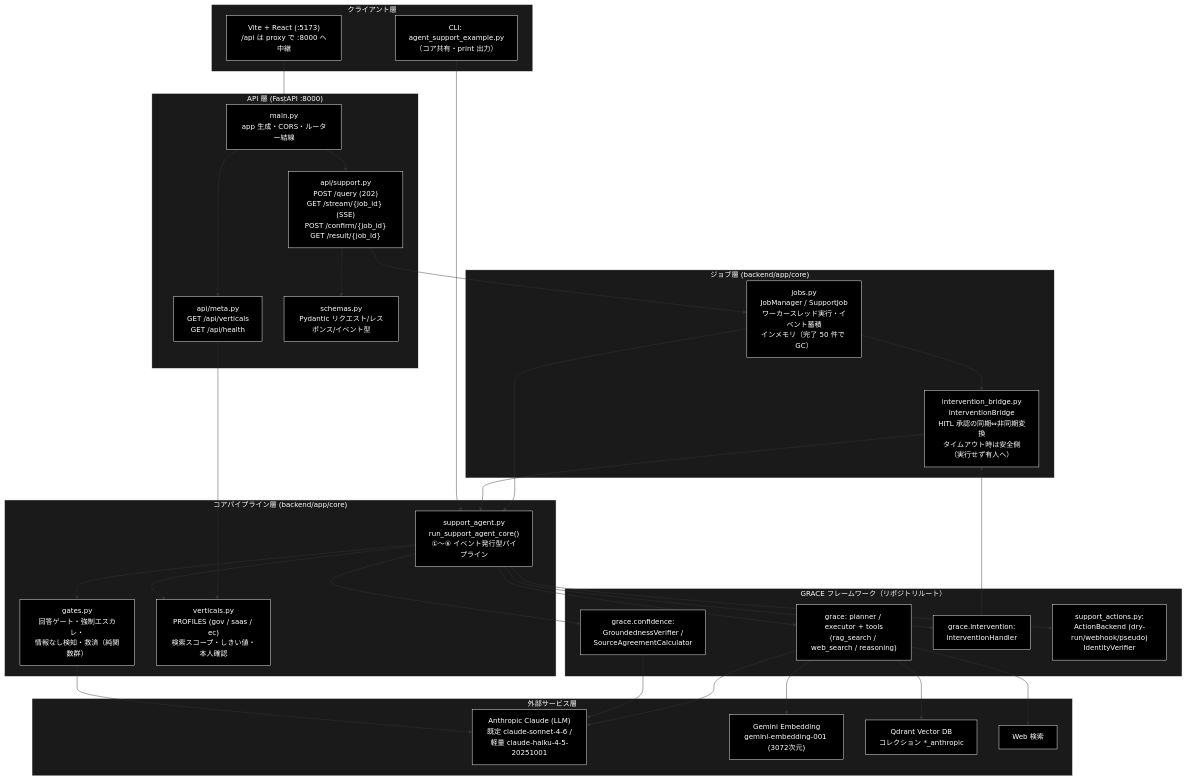
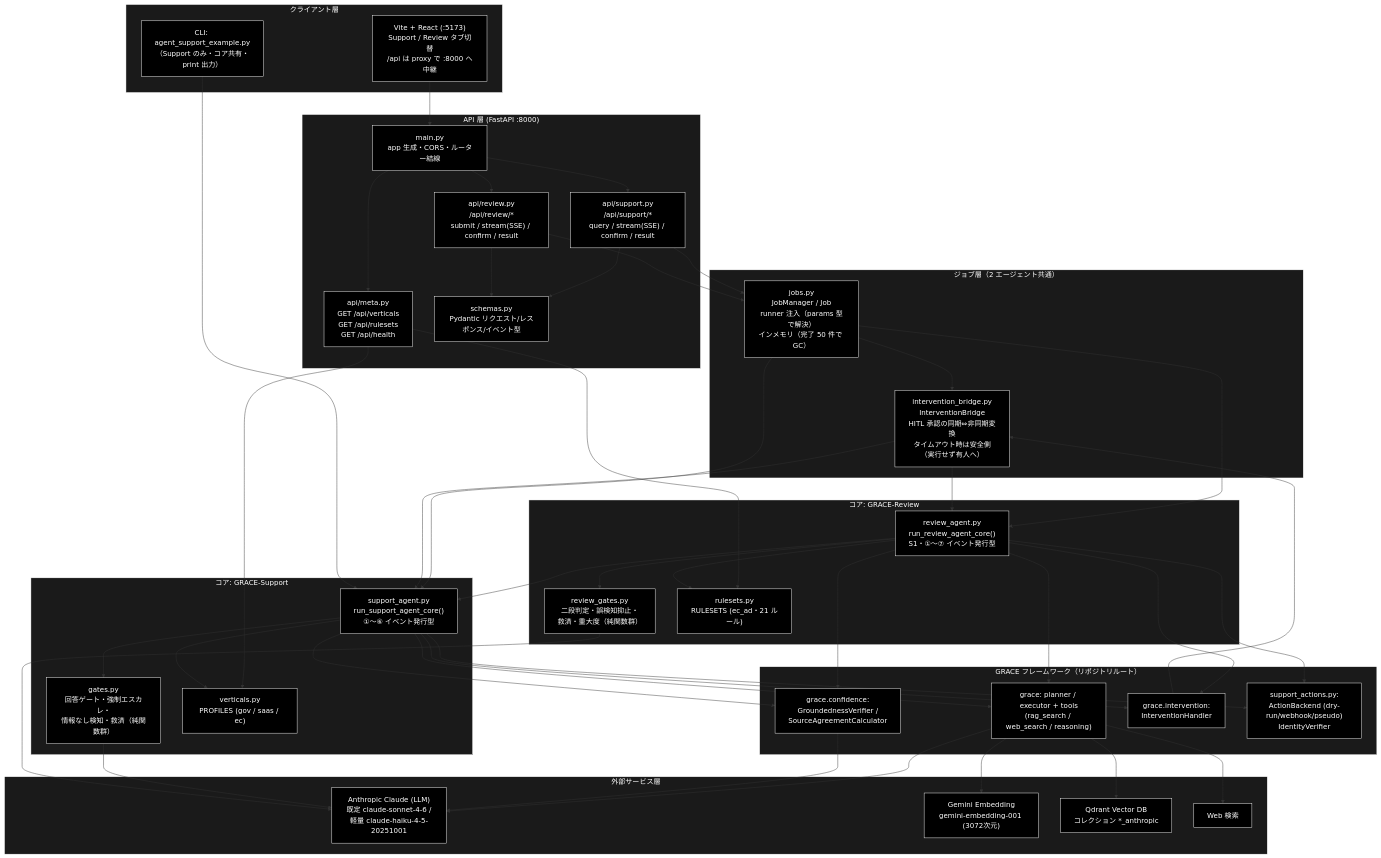
The first of 4 diagrams in backend/docs/README.md (nakashima2toshio/grace_v2), drawn with Mermaid before and after one commit. The commit also changed other lines of this file and 7 other files, not shown here.

````diff
--- a/backend/docs/README.md
+++ b/backend/docs/README.md
@@ -93,26 +124,33 @@
 ```mermaid
 flowchart TB
     subgraph CLIENT["クライアント層"]
-        REACT["Vite + React (:5173)<br>/api は proxy で :8000 へ中継"]
-        CLI["CLI: agent_support_example.py<br>（コア共有・print 出力）"]
+        REACT["Vite + React (:5173)<br>Support / Review タブ切替<br>/api は proxy で :8000 へ中継"]
+        CLI["CLI: agent_support_example.py<br>（Support のみ・コア共有・print 出力）"]
     end
 
     subgraph APILAYER["API 層 (FastAPI :8000)"]
         MAIN["main.py<br>app 生成・CORS・ルーター結線"]
-        SUPPORT["api/support.py<br>POST /query (202)<br>GET /stream/{job_id} (SSE)<br>POST /confirm/{job_id}<br>GET /result/{job_id}"]
-        META["api/meta.py<br>GET /api/verticals<br>GET /api/health"]
+        SUPPORTAPI["api/support.py<br>/api/support/*<br>query / stream(SSE) / confirm / result"]
+        REVIEWAPI["api/review.py<br>/api/review/*<br>submit / stream(SSE) / confirm / result"]
+        META["api/meta.py<br>GET /api/verticals<br>GET /api/rulesets<br>GET /api/health"]
         SCHEMAS["schemas.py<br>Pydantic リクエスト/レスポンス/イベント型"]
     end
 
-    subgraph JOBLAYER["ジョブ層 (backend/app/core)"]
-        JOBS["jobs.py<br>JobManager / SupportJob<br>ワーカースレッド実行・イベント蓄積<br>インメモリ（完了 50 件で GC）"]
+    subgraph JOBLAYER["ジョブ層（2 エージェント共通）"]
+        JOBS["jobs.py<br>JobManager / Job<br>runner 注入（params 型で解決）<br>インメモリ（完了 50 件で GC）"]
         BRIDGE["intervention_bridge.py<br>InterventionBridge<br>HITL 承認の同期⇔非同期変換<br>タイムアウト時は安全側（実行せず有人へ）"]
     end
 
-    subgraph CORELAYER["コアパイプライン層 (backend/app/core)"]
-        AGENT["support_agent.py<br>run_support_agent_core()<br>①〜⑥ イベント発行型パイプライン"]
+    subgraph SUPPORTCORE["コア: GRACE-Support"]
+        AGENT["support_agent.py<br>run_support_agent_core()<br>①〜⑥ イベント発行型"]
         GATES["gates.py<br>回答ゲート・強制エスカレ・<br>情報なし検知・救済（純関数群）"]
-        VERT["verticals.py<br>PROFILES (gov / saas / ec)<br>検索スコープ・しきい値・本人確認"]
+        VERT["verticals.py<br>PROFILES (gov / saas / ec)"]
+    end
+
+    subgraph REVIEWCORE["コア: GRACE-Review"]
+        RAGENT["review_agent.py<br>run_review_agent_core()<br>S1・①〜⑦ イベント発行型"]
+        RGATES["review_gates.py<br>二段判定・誤検知抑止・<br>救済・重大度（純関数群）"]
+        RULES["rulesets.py<br>RULESETS (ec_ad・21 ルール)"]
     end
 
     subgraph GRACEFW["GRACE フレームワーク（リポジトリルート）"]
@@ -130,21 +168,34 @@
     end
 
     REACT --> MAIN
-    MAIN --> SUPPORT
+    MAIN --> SUPPORTAPI
+    MAIN --> REVIEWAPI
     MAIN --> META
-    SUPPORT --> SCHEMAS
-    SUPPORT --> JOBS
+    SUPPORTAPI --> SCHEMAS
+    REVIEWAPI --> SCHEMAS
+    SUPPORTAPI --> JOBS
+    REVIEWAPI --> JOBS
     META --> VERT
+    META --> RULES
     JOBS --> BRIDGE
     JOBS --> AGENT
+    JOBS --> RAGENT
     BRIDGE --> AGENT
+    BRIDGE --> RAGENT
     CLI --> AGENT
     AGENT --> GATES
     AGENT --> VERT
+    RAGENT --> RGATES
+    RAGENT --> RULES
+    RAGENT --> AGENT
     AGENT --> PLANNER
     AGENT --> VERIFIER
     AGENT --> HANDLER
     AGENT --> ACTIONS
+    RAGENT --> PLANNER
+    RAGENT --> VERIFIER
+    RAGENT --> HANDLER
+    RAGENT --> ACTIONS
     HANDLER --> BRIDGE
     PLANNER --> ANTHROPIC
     PLANNER --> GEMINI
@@ -152,13 +203,15 @@
     PLANNER --> WEB
     VERIFIER --> ANTHROPIC
     GATES --> ANTHROPIC
+    RGATES --> ANTHROPIC
 classDef default fill:#000,stroke:#fff,color:#fff
 classDef subgraphStyle fill:#1a1a1a,stroke:#fff,color:#fff
-class REACT,CLI,MAIN,SUPPORT,META,SCHEMAS,JOBS,BRIDGE,AGENT,GATES,VERT,PLANNER,VERIFIER,HANDLER,ACTIONS,ANTHROPIC,GEMINI,QDRANT,WEB default
+class REACT,CLI,MAIN,SUPPORTAPI,REVIEWAPI,META,SCHEMAS,JOBS,BRIDGE,AGENT,GATES,VERT,RAGENT,RGATES,RULES,PLANNER,VERIFIER,HANDLER,ACTIONS,ANTHROPIC,GEMINI,QDRANT,WEB default
 style CLIENT fill:#1a1a1a,stroke:#fff,color:#fff
 style APILAYER fill:#1a1a1a,stroke:#fff,color:#fff
 style JOBLAYER fill:#1a1a1a,stroke:#fff,color:#fff
-style CORELAYER fill:#1a1a1a,stroke:#fff,color:#fff
+style SUPPORTCORE fill:#1a1a1a,stroke:#fff,color:#fff
+style REVIEWCORE fill:#1a1a1a,stroke:#fff,color:#fff
 style GRACEFW fill:#1a1a1a,stroke:#fff,color:#fff
 style EXTERNAL fill:#1a1a1a,stroke:#fff,color:#fff
 ```
````
